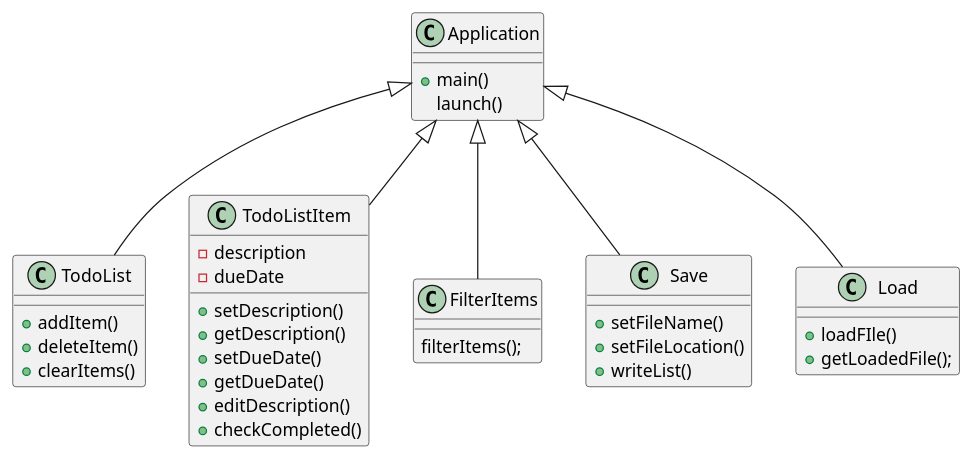
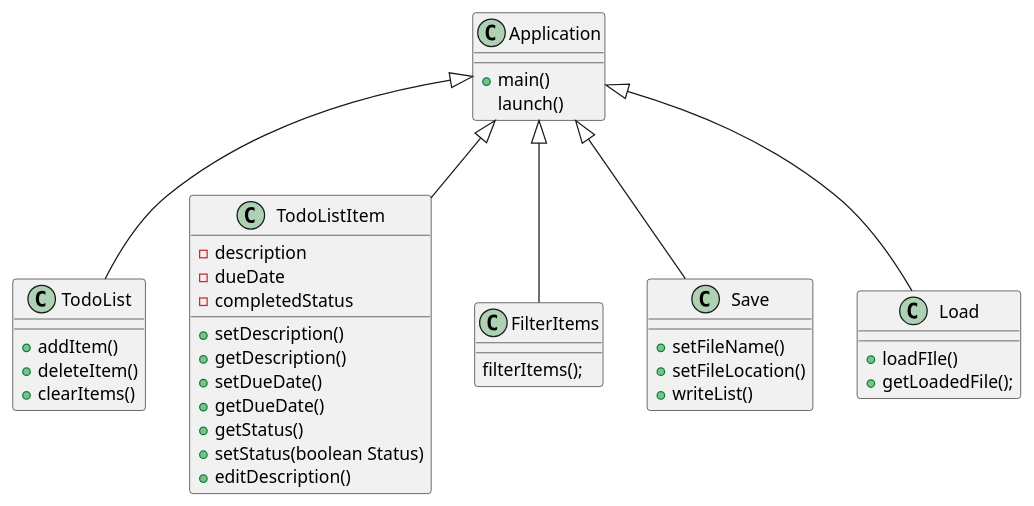
The diagram in docs/TodoListApplication.puml (faziok/fazio-app1-impl), drawn with PlantUML before and after one commit. The commit also changed 6 other files, not shown here.

```diff
--- a/docs/TodoListApplication.puml
+++ b/docs/TodoListApplication.puml
@@ -1,45 +1,47 @@
 @startuml
 class Application{
     +main()
         launch()
 }
 
 class TodoList{
     +addItem()
     +deleteItem()
     +clearItems()
 }
 
 class TodoListItem{
     -description
     -dueDate
+    -completedStatus
     +setDescription()
     +getDescription()
     +setDueDate()
     +getDueDate()
+    +getStatus()
+    +setStatus(boolean Status)
     +editDescription()
-    +checkCompleted()
 }
 
 class FilterItems{
     filterItems();
 }
 
 class Save{
     +setFileName()
     +setFileLocation()
     +writeList()
 }
 
 class Load{
     +loadFIle()
     +getLoadedFile();
 }
 
 Application <|-- Load
 Application <|-- TodoListItem
 Application <|-- TodoList
 Application <|-- FilterItems
 Application <|-- Save
 
 @enduml
```
